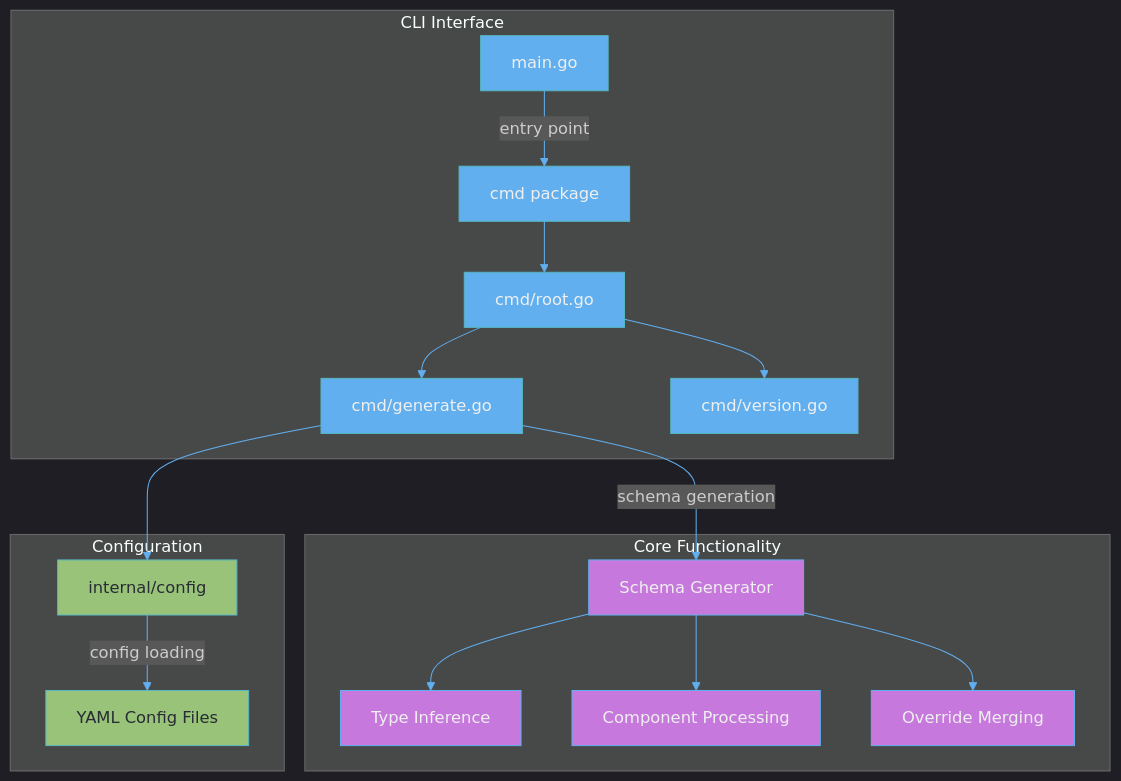
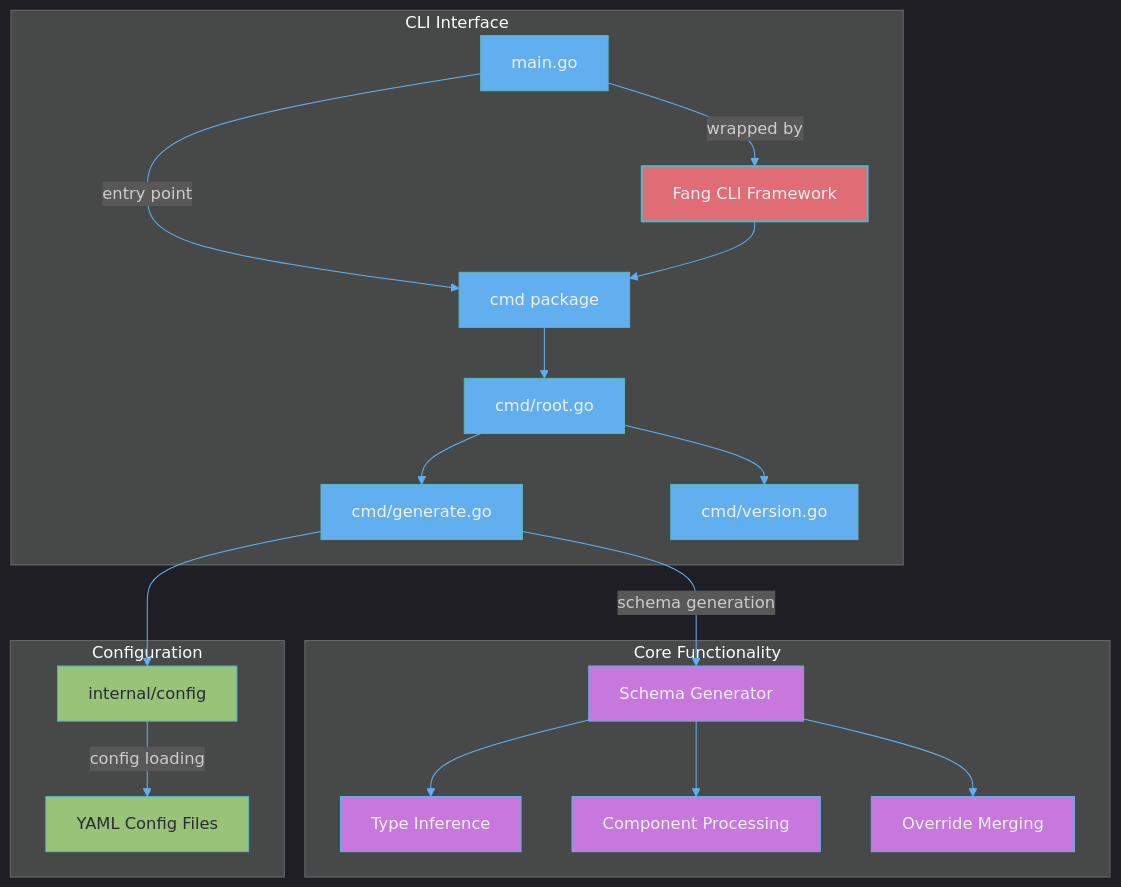
One commit to mkm29/valet changed the diagram in README.md. Above: the diagram before and after it, drawn with Mermaid. The commit also changed other lines of this file and 4 other files, not shown here.

Commit message:
feat: integrate Fang CLI framework for enhanced terminal UI and improve command execution

````diff
--- a/README.md
+++ b/README.md
@@ -40,50 +41,53 @@
 ```mermaid
 %%{
   init: {
     'theme': 'dark',
     'themeVariables': {
       'primaryColor': '#3e4451',
       'primaryTextColor': '#abb2bf',
       'primaryBorderColor': '#56b6c2',
       'lineColor': '#61afef',
       'secondaryColor': '#2c313c',
       'tertiaryColor': '#3b4048'
     }
   }
 }%%
 graph TD
     Main[main.go] --> |entry point| Cmd[cmd package]
     Cmd --> RootCmd[cmd/root.go]
     RootCmd --> GenerateCmd[cmd/generate.go]
     RootCmd --> VersionCmd[cmd/version.go]
     GenerateCmd --> Config[internal/config]
     GenerateCmd --> |schema generation| SchemaGen[Schema Generator]
     Config --> |config loading| YAML[YAML Config Files]
     
     subgraph "Core Functionality"
         SchemaGen --> TypeInference[Type Inference]
         SchemaGen --> ComponentHandling[Component Processing]
         SchemaGen --> OverrideMerging[Override Merging]
     end
     
     subgraph "CLI Interface"
-        Main
+        Main --> |wrapped by| Fang[Fang CLI Framework]
+        Fang --> Cmd
         Cmd
         RootCmd
         GenerateCmd
         VersionCmd
     end
     
     subgraph "Configuration"
         Config
         YAML
     end
     
     classDef core fill:#c678dd,stroke:#61afef,stroke-width:1px,color:#efefef;
     classDef cli fill:#61afef,stroke:#56b6c2,stroke-width:1px,color:#efefef;
     classDef config fill:#98c379,stroke:#56b6c2,stroke-width:1px,color:#282c34;
+    classDef fang fill:#e06c75,stroke:#56b6c2,stroke-width:2px,color:#efefef;
     
     class SchemaGen,TypeInference,ComponentHandling,OverrideMerging core;
     class Main,Cmd,RootCmd,GenerateCmd,VersionCmd cli;
     class Config,YAML config;
+    class Fang fang;
 ```
````
